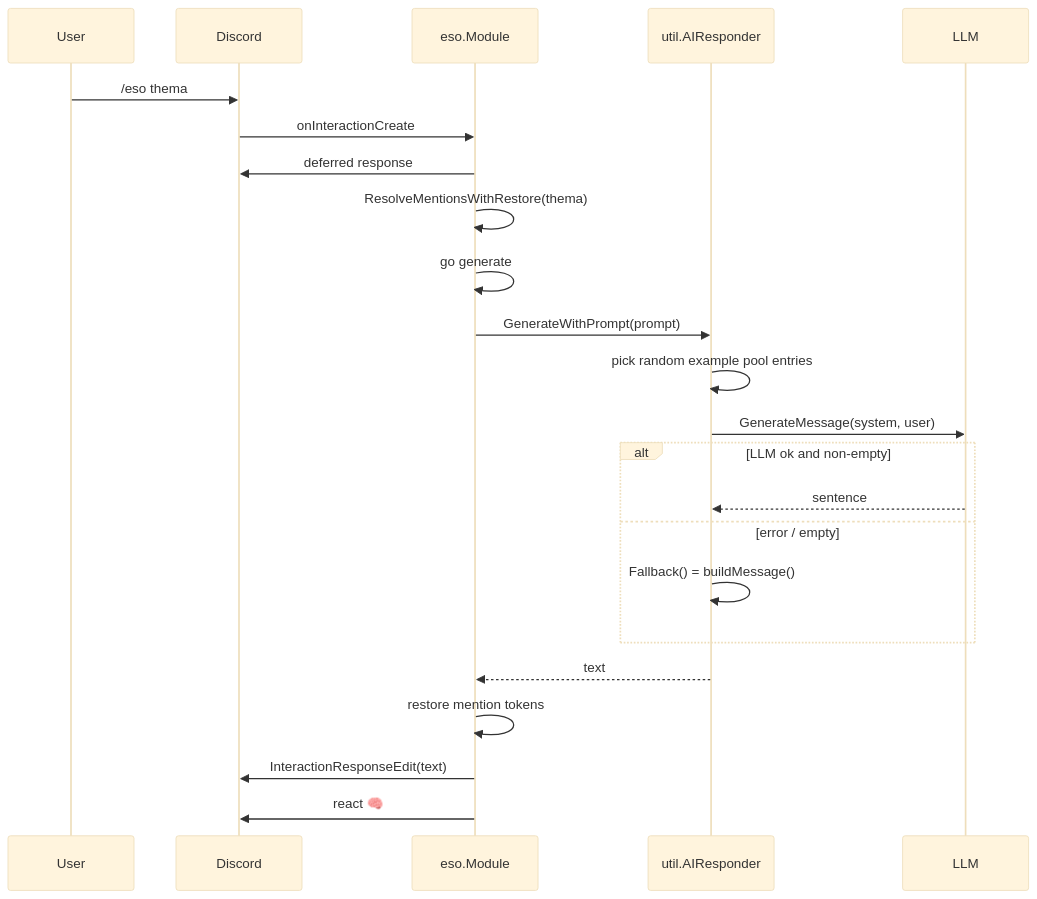
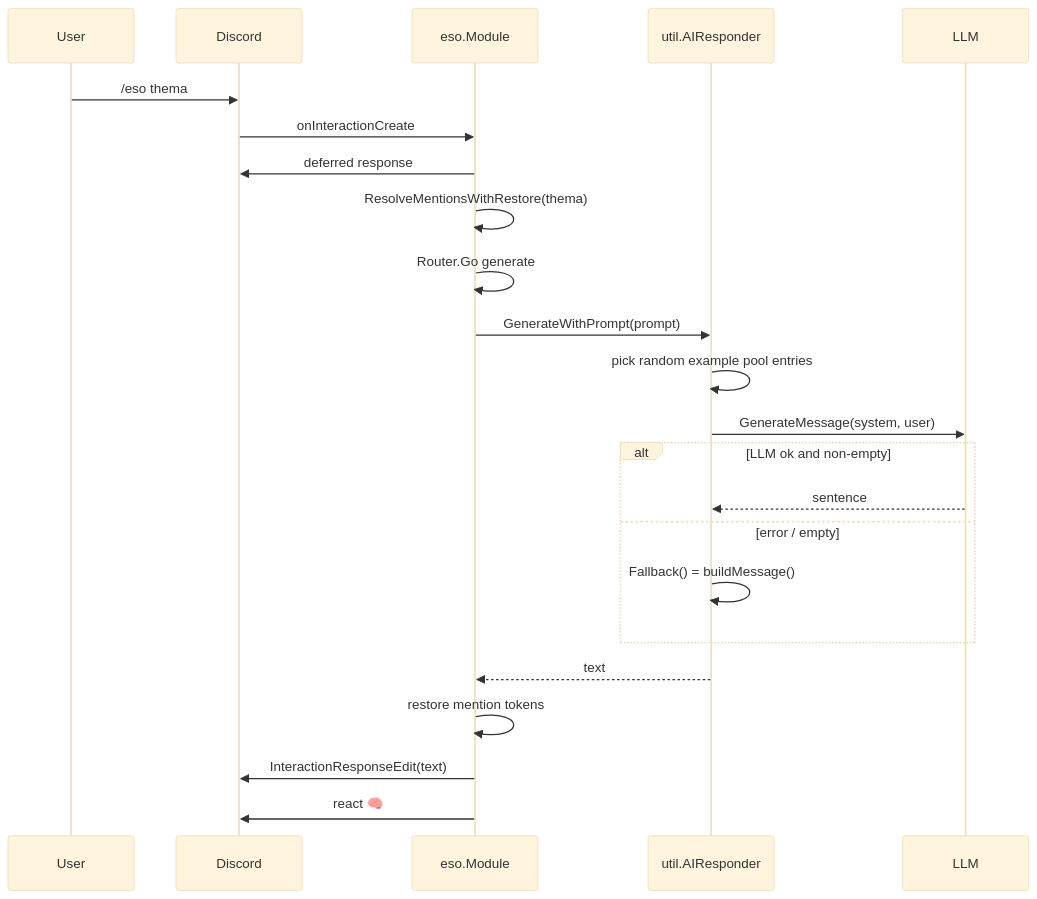
The diagram in docs/modules/eso.md (toksikk/gidbig), drawn with Mermaid (base theme) before and after one commit. The commit also changed 7 other files, not shown here.

````diff
--- a/docs/modules/eso.md
+++ b/docs/modules/eso.md
@@ -21,26 +21,26 @@
 ```mermaid
 sequenceDiagram
     participant U as User
     participant D as Discord
     participant E as eso.Module
     participant R as util.AIResponder
     participant L as LLM
 
     U->>D: /eso thema
     D->>E: onInteractionCreate
     E->>D: deferred response
     E->>E: ResolveMentionsWithRestore(thema)
-    E->>E: go generate
+    E->>E: Router.Go generate
     E->>R: GenerateWithPrompt(prompt)
     R->>R: pick random example pool entries
     R->>L: GenerateMessage(system, user)
     alt LLM ok and non-empty
         L-->>R: sentence
     else error / empty
         R->>R: Fallback() = buildMessage()
     end
     R-->>E: text
     E->>E: restore mention tokens
     E->>D: InteractionResponseEdit(text)
     E->>D: react 🧠
 ```
````
